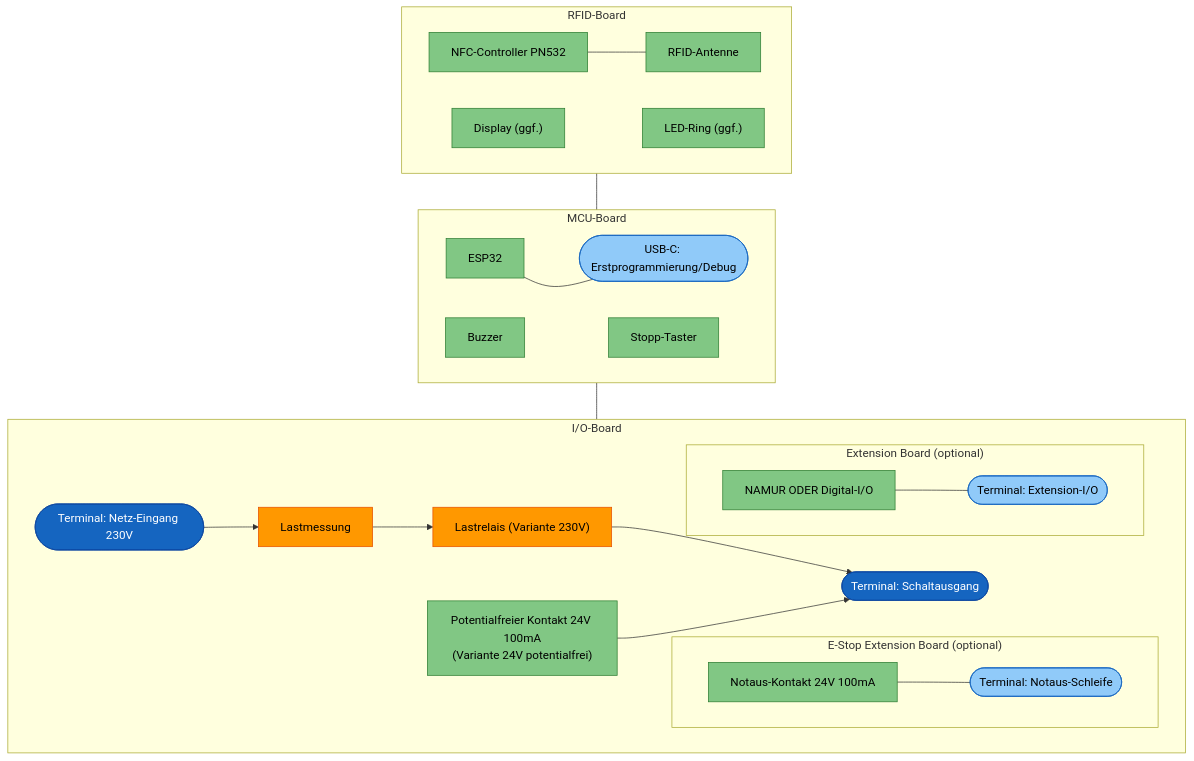
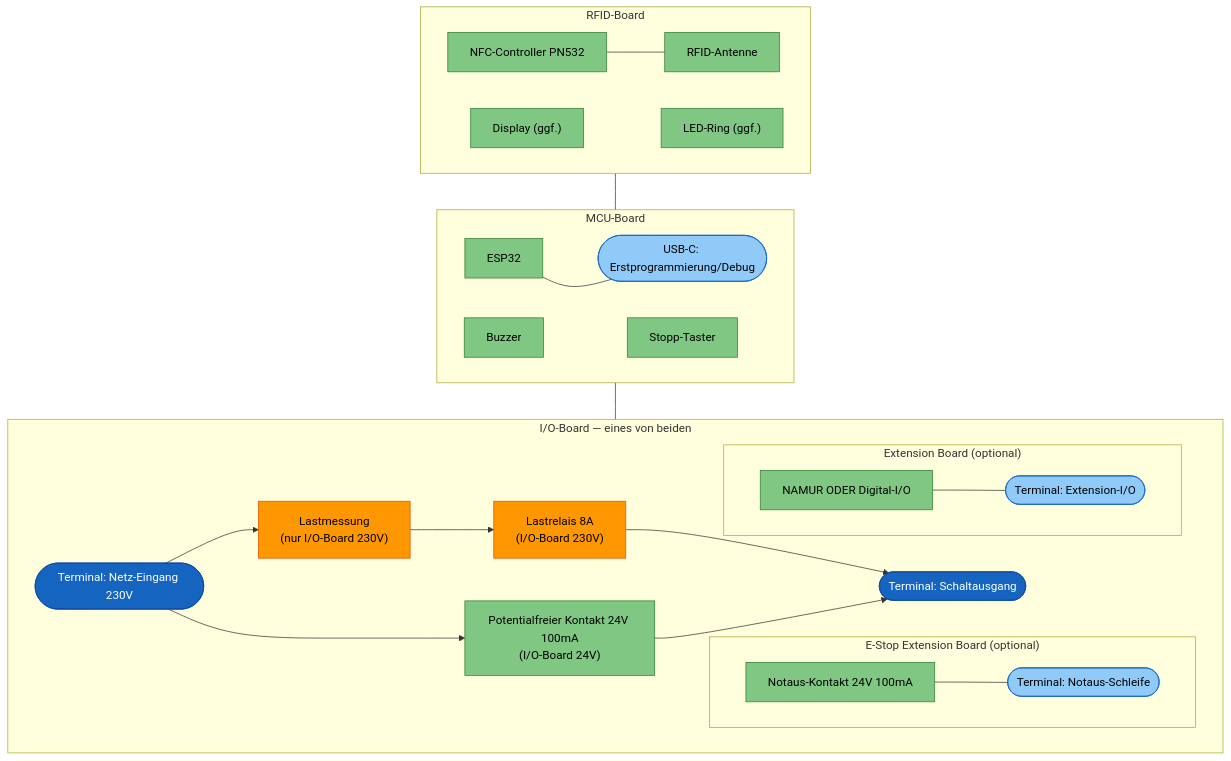
The first of 3 diagrams in hardware/projects/RFID_BOX/README.md (FREILab/easyVerwaltungHardware), drawn with Mermaid before and after one commit. The commit also changed other lines of this file and 1 other file, not shown here.

First line of the commit message:
I/O-Board in zwei getrennte Boards aufgeteilt statt Bestückvarianten

````diff
--- a/hardware/projects/RFID_BOX/README.md
+++ b/hardware/projects/RFID_BOX/README.md
@@ -120,67 +126,67 @@
 ```mermaid
 flowchart TB
-    subgraph IO["I/O-Board"]
+    subgraph IO["I/O-Board — eines von beiden"]
         direction LR
         NETZ([Terminal: Netz-Eingang 230V])
         OUT([Terminal: Schaltausgang])
-        REL["Lastrelais (Variante 230V)"]
-        POTFREI["Potentialfreier Kontakt 24V 100mA<br/>(Variante 24V potentialfrei)"]
-        MESS[Lastmessung]
+        REL["Lastrelais 8A<br/>(I/O-Board 230V)"]
+        POTFREI["Potentialfreier Kontakt 24V 100mA<br/>(I/O-Board 24V)"]
+        MESS["Lastmessung<br/>(nur I/O-Board 230V)"]
 
         NETZ --> MESS --> REL --> OUT
-        POTFREI --> OUT
+        NETZ --> POTFREI --> OUT
 
         subgraph ESTOP["E-Stop Extension Board (optional)"]
             direction LR
             K3[Notaus-Kontakt 24V 100mA]
             ESTOP_T([Terminal: Notaus-Schleife])
             K3 --- ESTOP_T
         end
 
         subgraph EXT["Extension Board (optional)"]
             direction LR
             EXTIO[NAMUR ODER Digital-I/O]
             IO_T([Terminal: Extension-I/O])
             EXTIO --- IO_T
         end
         
     end
 
     subgraph MCU["MCU-Board"]
         direction LR
         ESP[ESP32]
         BUZ[Buzzer]
         STOP[Stopp-Taster]
         USB([USB-C: Erstprogrammierung/Debug])
 
         ESP ~~~ USB
         BUZ ~~~ STOP
 
         ESP --- USB
     end
 
     subgraph RFID["RFID-Board"]
         direction LR
         NFC[NFC-Controller PN532]
         ANT[RFID-Antenne]
         DISP["Display (ggf.)"]
         RING["LED-Ring (ggf.)"]
 
         NFC --- ANT
 
         DISP ~~~ RING
     end
 
     RFID --- MCU
     MCU --- IO
 
     classDef term230 fill:#1565c0,color:#fff,stroke:#0d47a1
     classDef termSELV fill:#90caf9,color:#000,stroke:#1565c0
     classDef part230 fill:#ff9800,color:#000,stroke:#e65100
     classDef partSELV fill:#81c784,color:#000,stroke:#2e7d32
 
     class NETZ,OUT term230
     class ESTOP_T,IO_T,USB termSELV
     class REL,MESS part230
     class POTFREI,K3,EXTIO,ESP,BUZ,STOP,NFC,ANT,DISP,RING partSELV
 ```
````
